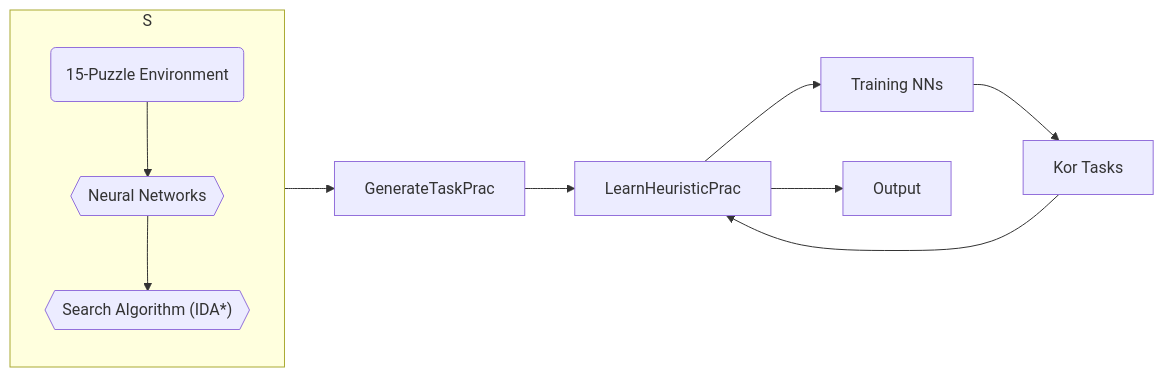
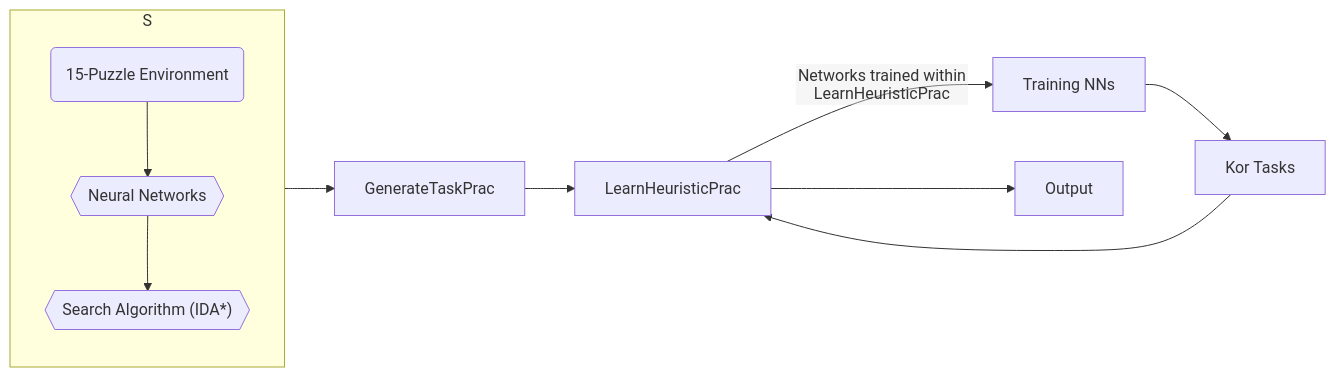
One commit to OShagHennessy/Reproducibility_Assignment changed the diagram in README.md. Above: the diagram before and after it, drawn with Mermaid.

````diff
--- a/README.md
+++ b/README.md
@@ -10,15 +10,15 @@
 ```mermaid
 
 %%{init: {"flowchart": {"htmlLabels": false}} }%%
 flowchart LR
 Algorithm3[GenerateTaskPrac]
 Algorithm4[LearnHeuristicPrac]
 TrainingNNs[Training NNs]
 Kor_Tasks[Kor Tasks]
 Output[Output]
-S --> Algorithm3 --> Algorithm4 --> TrainingNNs --> Kor_Tasks --> Algorithm4 --> Output
+S --> Algorithm3 --> Algorithm4 --Networks trained within LearnHeuristicPrac--> TrainingNNs --> Kor_Tasks --> Algorithm4 --> Output
 subgraph "S"
   a("`15-Puzzle Environment`") --> b{{"`Neural Networks`"}} --> c{{"`Search Algorithm (IDA*)`"}}
 end
 
 ```
````
